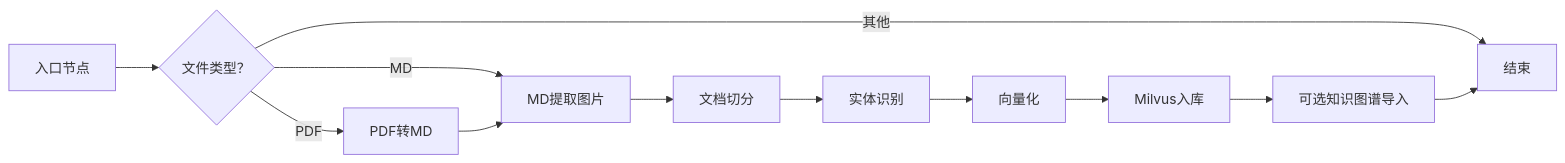
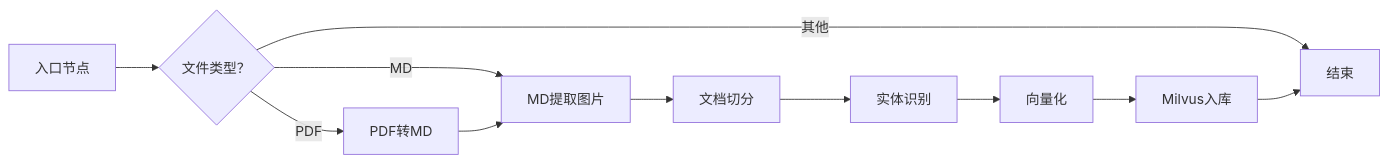
One commit to YveS-y/rag-agent changed the sixth of 7 diagrams in .qoder/repowiki/zh/content/外部服务集成/Neo4j知识图谱集成.md. Above: the diagram before and after it, drawn with Mermaid. The commit also changed other lines of this file and 29 other files, not shown here.

````diff
--- a/.qoder/repowiki/zh/content/外部服务集成/Neo4j知识图谱集成.md
+++ b/.qoder/repowiki/zh/content/外部服务集成/Neo4j知识图谱集成.md
@@ -217,14 +209,13 @@
 ```mermaid
 graph LR
 E["入口节点"] --> P{"文件类型？"}
 P --> |PDF| PDF["PDF转MD"]
 P --> |MD| IMG["MD提取图片"]
 P --> |其他| END["结束"]
 PDF --> IMG
 IMG --> SPLIT["文档切分"]
 SPLIT --> ENT["实体识别"]
 ENT --> EMB["向量化"]
 EMB --> MILVUS["Milvus入库"]
-MILVUS --> KG["可选知识图谱导入"]
-KG --> END
+MILVUS --> END
 ```
````
